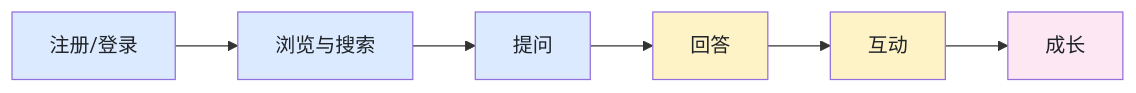
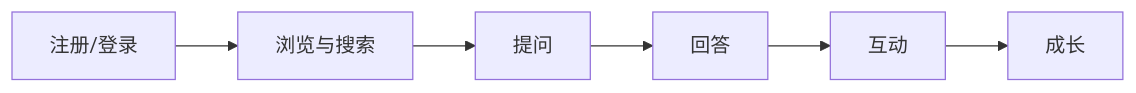
One commit to H-Canopy/campus-overflow changed the diagram in docs/backlog/story-map.md. Above: the diagram before and after it, drawn with Mermaid.

Commit message:
docs: 去掉故事地图的 style 指令，Mermaid 在 GitHub 上解析不过

````diff
--- a/docs/backlog/story-map.md
+++ b/docs/backlog/story-map.md
@@ -8,14 +8,8 @@
 ```mermaid
 flowchart LR
     A[注册/登录] --> B[浏览与搜索]
     B --> C[提问]
     C --> D[回答]
     D --> E[互动]
     E --> F[成长]
-    style A fill:#dbeafe,color:#1f2328
-    style B fill:#dbeafe,color:#1f2328
-    style C fill:#dbeafe,color:#1f2328
-    style D fill:#fef3c7,color:#1f2328
-    style E fill:#fef3c7,color:#1f2328
-    style F fill:#fce7f3,color:#1f2328
 ```
````
